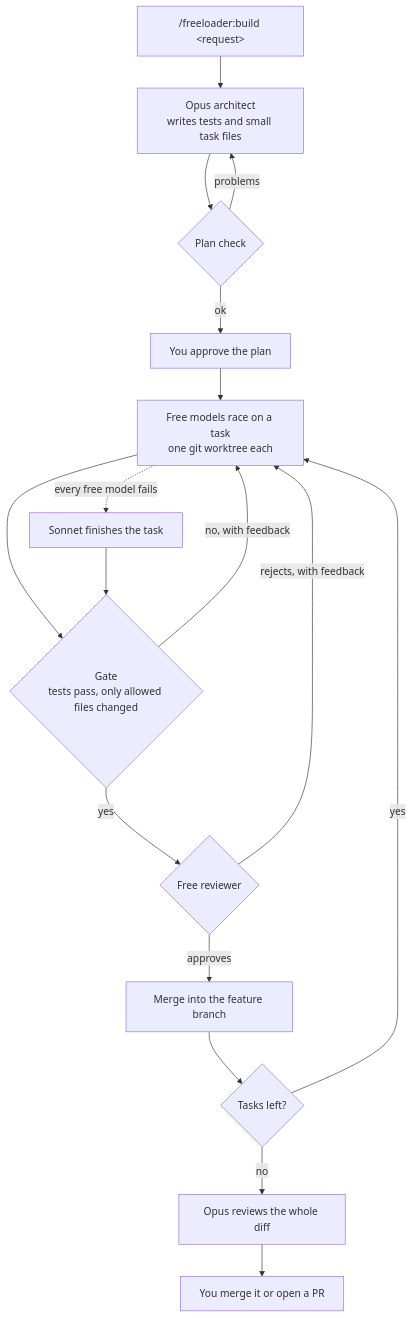
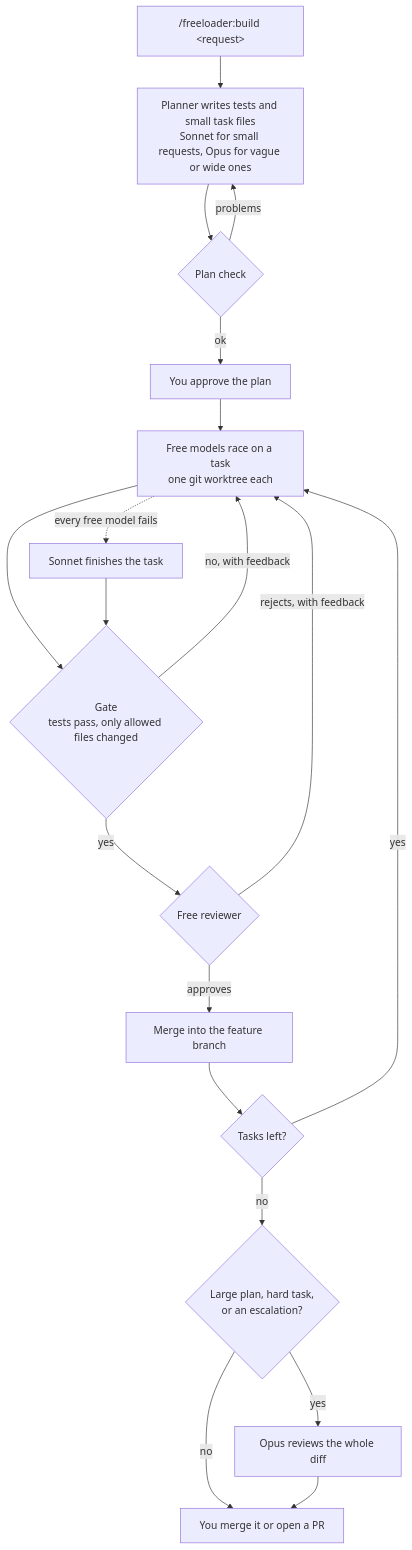
One commit to mobashirrahman/freeloader changed the diagram in README.md. Above: the diagram before and after it, drawn with Mermaid. The commit also changed other lines of this file and 49 other files, not shown here.

````diff
--- a/README.md
+++ b/README.md
@@ -15,19 +37,21 @@
 ```mermaid
 flowchart TD
-    A["/freeloader:build &lt;request&gt;"] --> B["Opus architect<br/>writes tests and small task files"]
+    A["/freeloader:build &lt;request&gt;"] --> B["Planner writes tests and small task files<br/>Sonnet for small requests, Opus for vague or wide ones"]
     B --> C{"Plan check"}
     C -- problems --> B
     C -- ok --> D["You approve the plan"]
     D --> E["Free models race on a task<br/>one git worktree each"]
     E --> F{"Gate<br/>tests pass, only allowed files changed"}
     F -- no, with feedback --> E
     F -- yes --> G{"Free reviewer"}
     G -- rejects, with feedback --> E
     G -- approves --> H["Merge into the feature branch"]
     E -. every free model fails .-> I["Sonnet finishes the task"]
     I --> F
     H --> J{"Tasks left?"}
     J -- yes --> E
-    J -- no --> K["Opus reviews the whole diff"]
-    K --> L["You merge it or open a PR"]
+    J -- no --> K{"Large plan, hard task,<br/>or an escalation?"}
+    K -- yes --> L["Opus reviews the whole diff"]
+    K -- no --> M["You merge it or open a PR"]
+    L --> M
 ```
````
